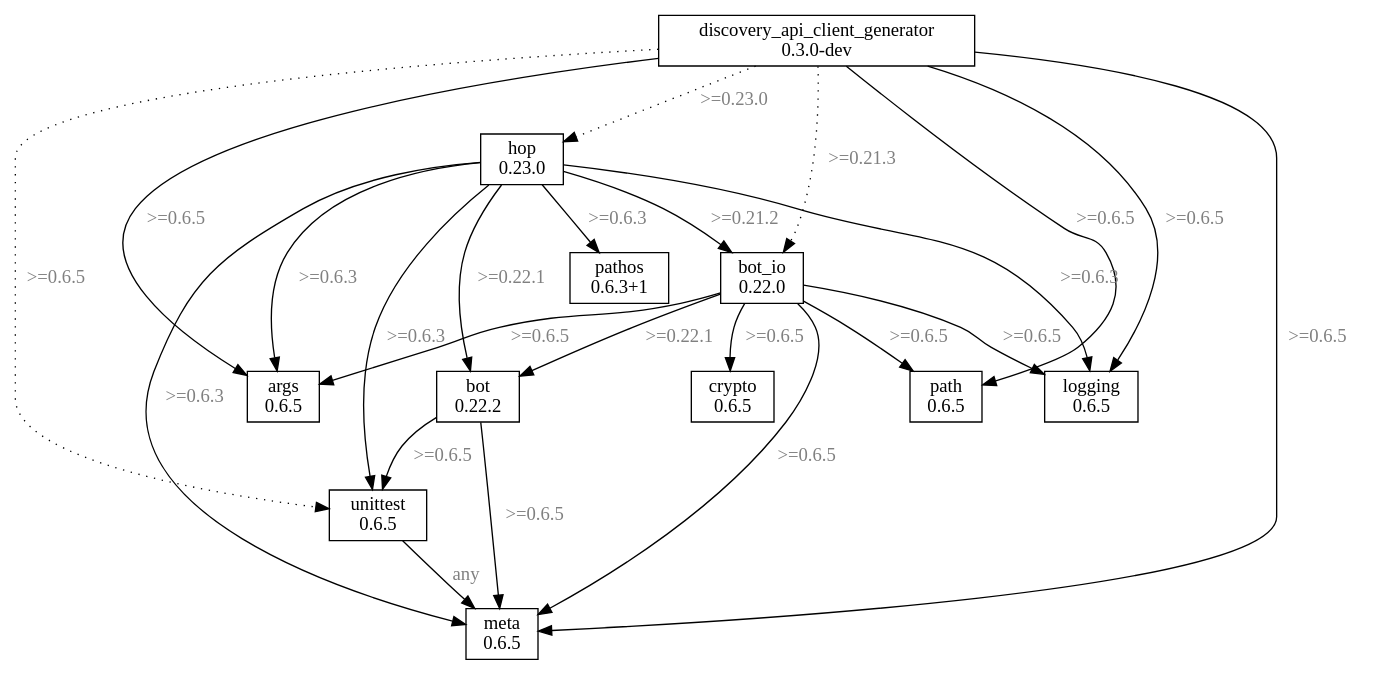
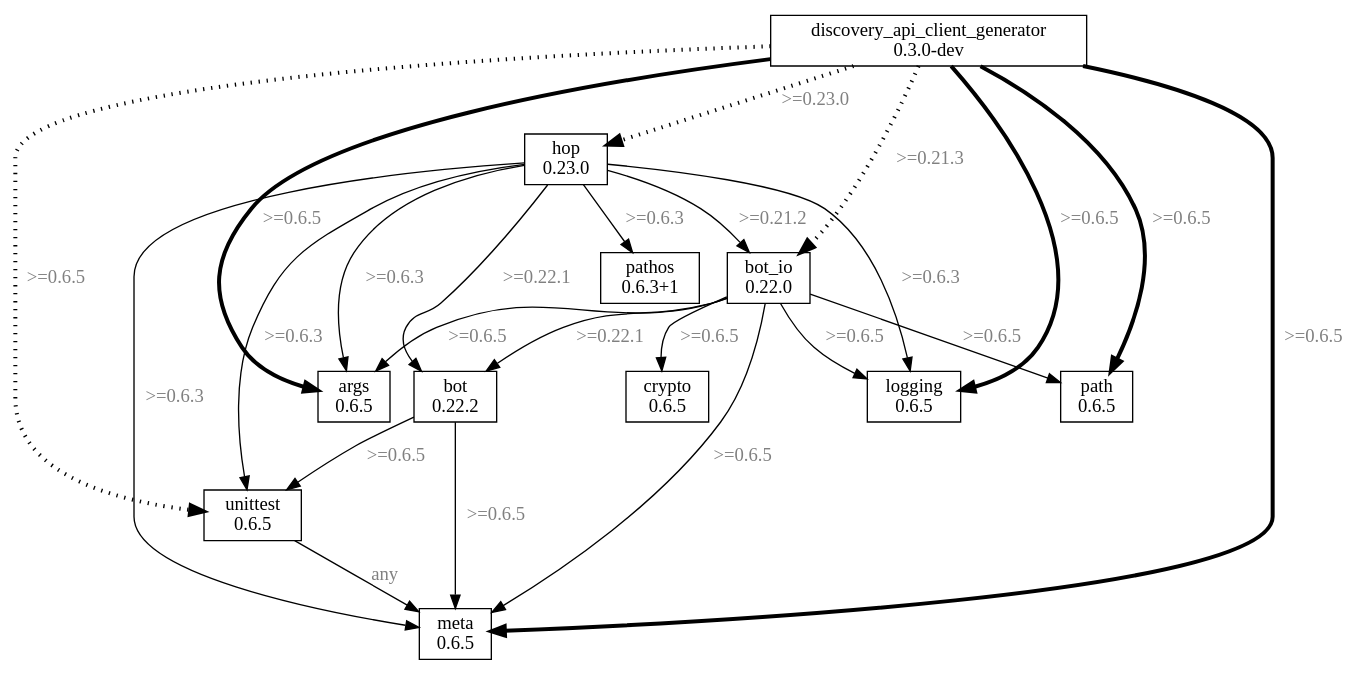
Before and after one commit to kevmoo/pubviz: the diagram in docs/sample.dot, drawn with Graphviz. The commit also changed 1 other file, not shown here.

Commit message:
special casing primary packages
penwidth is 3
group them together so lines are straighter

```diff
--- a/docs/sample.dot
+++ b/docs/sample.dot
@@ -1,58 +1,58 @@
 digraph G {
 
+  hop [label="hop
+0.23.0",shape=box,group=primary];
+  hop -> args [label=">=0.6.3",fontcolor=gray];
+  hop -> bot [label=">=0.22.1",fontcolor=gray];
+  hop -> bot_io [label=">=0.21.2",fontcolor=gray];
+  hop -> logging [label=">=0.6.3",fontcolor=gray];
+  hop -> meta [label=">=0.6.3",fontcolor=gray];
+  hop -> pathos [label=">=0.6.3",fontcolor=gray];
+  hop -> unittest [label=">=0.6.3",fontcolor=gray];
+
   args [label="args
-0.6.5",shape=box];
+0.6.5",shape=box,group=primary];
 
   bot [label="bot
 0.22.2",shape=box];
   bot -> meta [label=">=0.6.5",fontcolor=gray];
   bot -> unittest [label=">=0.6.5",fontcolor=gray];
 
+  discovery_api_client_generator [label="discovery_api_client_generator
+0.3.0-dev",shape=box,group=primary];
+  discovery_api_client_generator -> args [label=">=0.6.5",fontcolor=gray,penwidth=3];
+  discovery_api_client_generator -> logging [label=">=0.6.5",fontcolor=gray,penwidth=3];
+  discovery_api_client_generator -> meta [label=">=0.6.5",fontcolor=gray,penwidth=3];
+  discovery_api_client_generator -> path [label=">=0.6.5",fontcolor=gray,penwidth=3];
+  discovery_api_client_generator -> bot_io [label=">=0.21.3",fontcolor=gray,penwidth=3,style=dotted];
+  discovery_api_client_generator -> hop [label=">=0.23.0",fontcolor=gray,penwidth=3,style=dotted];
+  discovery_api_client_generator -> unittest [label=">=0.6.5",fontcolor=gray,penwidth=3,style=dotted];
+
   bot_io [label="bot_io
-0.22.0",shape=box];
+0.22.0",shape=box,group=primary];
   bot_io -> args [label=">=0.6.5",fontcolor=gray];
   bot_io -> bot [label=">=0.22.1",fontcolor=gray];
   bot_io -> crypto [label=">=0.6.5",fontcolor=gray];
   bot_io -> logging [label=">=0.6.5",fontcolor=gray];
   bot_io -> meta [label=">=0.6.5",fontcolor=gray];
   bot_io -> path [label=">=0.6.5",fontcolor=gray];
 
   crypto [label="crypto
 0.6.5",shape=box];
 
-  discovery_api_client_generator [label="discovery_api_client_generator
-0.3.0-dev",shape=box];
-  discovery_api_client_generator -> args [label=">=0.6.5",fontcolor=gray];
-  discovery_api_client_generator -> logging [label=">=0.6.5",fontcolor=gray];
-  discovery_api_client_generator -> meta [label=">=0.6.5",fontcolor=gray];
-  discovery_api_client_generator -> path [label=">=0.6.5",fontcolor=gray];
-  discovery_api_client_generator -> bot_io [label=">=0.21.3",fontcolor=gray,style=dotted];
-  discovery_api_client_generator -> hop [label=">=0.23.0",fontcolor=gray,style=dotted];
-  discovery_api_client_generator -> unittest [label=">=0.6.5",fontcolor=gray,style=dotted];
-
-  hop [label="hop
-0.23.0",shape=box];
-  hop -> args [label=">=0.6.3",fontcolor=gray];
-  hop -> bot [label=">=0.22.1",fontcolor=gray];
-  hop -> bot_io [label=">=0.21.2",fontcolor=gray];
-  hop -> logging [label=">=0.6.3",fontcolor=gray];
-  hop -> meta [label=">=0.6.3",fontcolor=gray];
-  hop -> pathos [label=">=0.6.3",fontcolor=gray];
-  hop -> unittest [label=">=0.6.3",fontcolor=gray];
-
   logging [label="logging
-0.6.5",shape=box];
+0.6.5",shape=box,group=primary];
 
   meta [label="meta
-0.6.5",shape=box];
+0.6.5",shape=box,group=primary];
 
   path [label="path
-0.6.5",shape=box];
+0.6.5",shape=box,group=primary];
+
+  unittest [label="unittest
+0.6.5",shape=box,group=primary];
+  unittest -> meta [label="any",fontcolor=gray];
 
   pathos [label="pathos
 0.6.3+1",shape=box];
-
-  unittest [label="unittest
-0.6.5",shape=box];
-  unittest -> meta [label="any",fontcolor=gray];
 }
```
